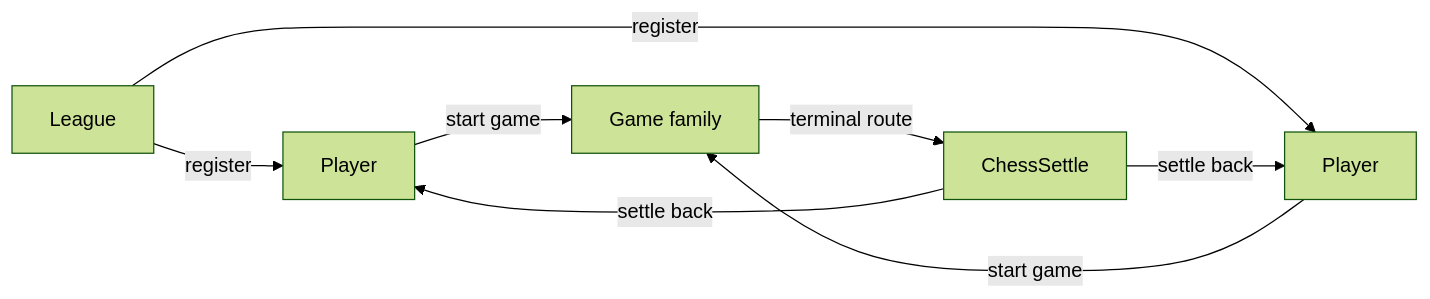
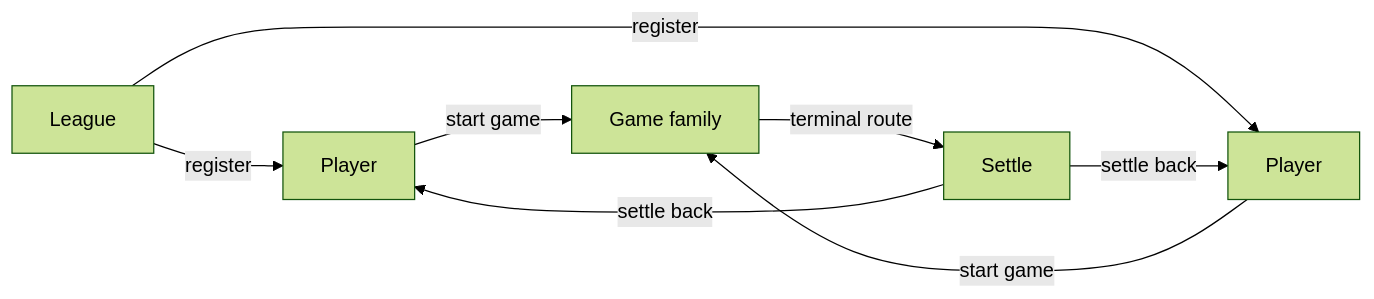
Before and after one commit to argent-lang/argent-playground: the first of 3 diagrams in chess/book/src/webinar_chess.md, drawn with Mermaid (forest theme). The commit also changed other lines of this file and 31 other files, not shown here.

````diff
--- a/chess/book/src/webinar_chess.md
+++ b/chess/book/src/webinar_chess.md
@@ -9,16 +9,16 @@
 ```mermaid
 flowchart LR
     L["League"]
     P1["Player"]
     P2["Player"]
     G["Game family"]
-    S["ChessSettle"]
+    S["Settle"]
 
     L -- "register" --> P1
     L -- "register" --> P2
     P1 -- "start game" --> G
     P2 -- "start game" --> G
     G -- "terminal route" --> S
     S -- "settle back" --> P1
     S -- "settle back" --> P2
 ```
````
